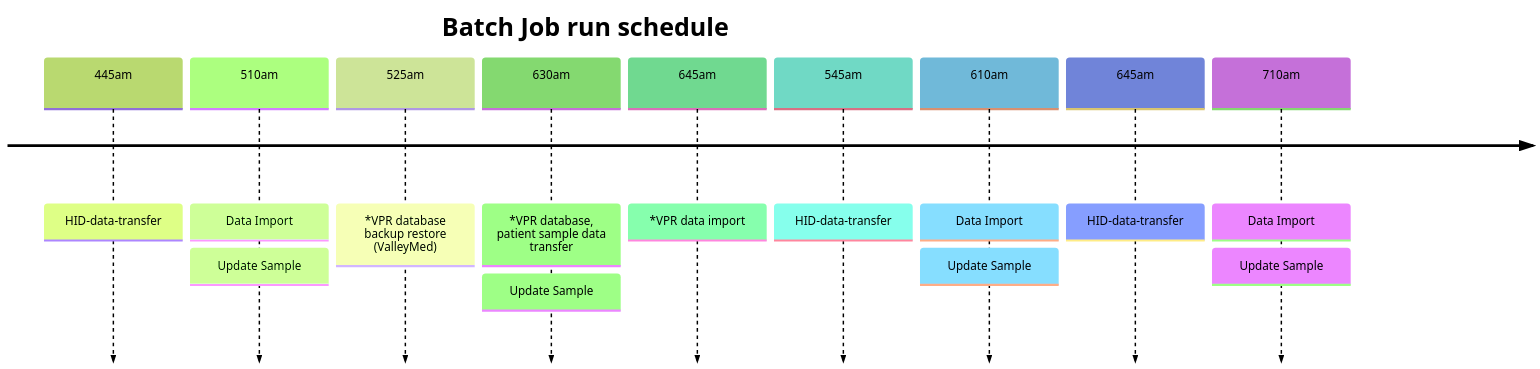
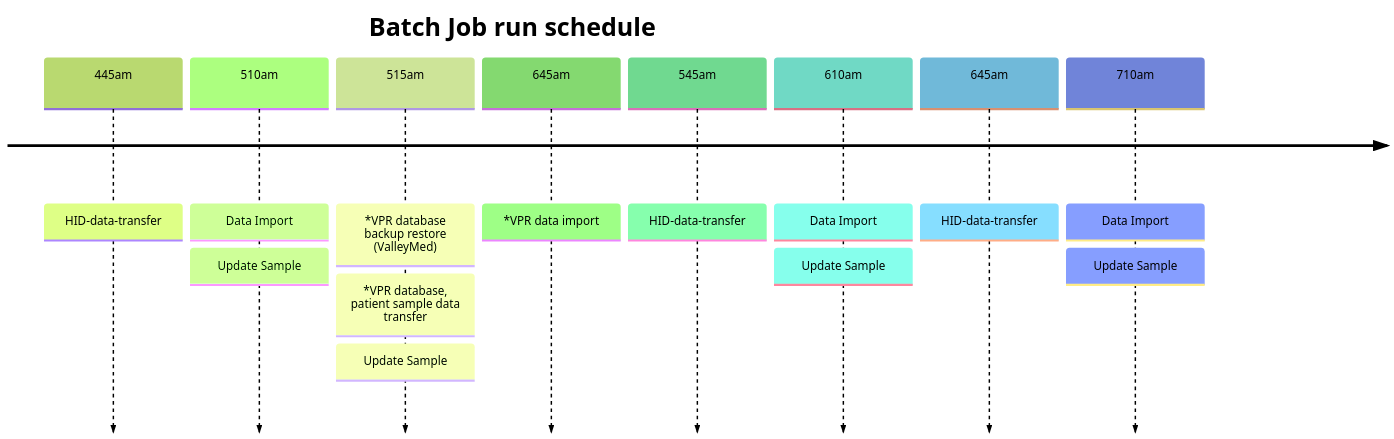
The diagram in docs/HID-app/10-Batch.md (Valleymedlabs/HID), drawn with Mermaid (forest theme) before and after one commit.

Commit message:
update batch schdule

````diff
--- a/docs/HID-app/10-Batch.md
+++ b/docs/HID-app/10-Batch.md
@@ -7,13 +7,13 @@
 ```mermaid
 timeline
     title Batch Job run schedule
     445am : HID-data-transfer
     510am : Data Import : Update Sample
-    525am : *VPR database backup restore (ValleyMed)
-    630am : *VPR database, patient sample data transfer : Update Sample
+    515am : *VPR database backup restore (ValleyMed)
+          : *VPR database, patient sample data transfer : Update Sample
     645am : *VPR data import
     545am : HID-data-transfer
     610am : Data Import : Update Sample
     645am : HID-data-transfer
     710am : Data Import : Update Sample
 ```
````
